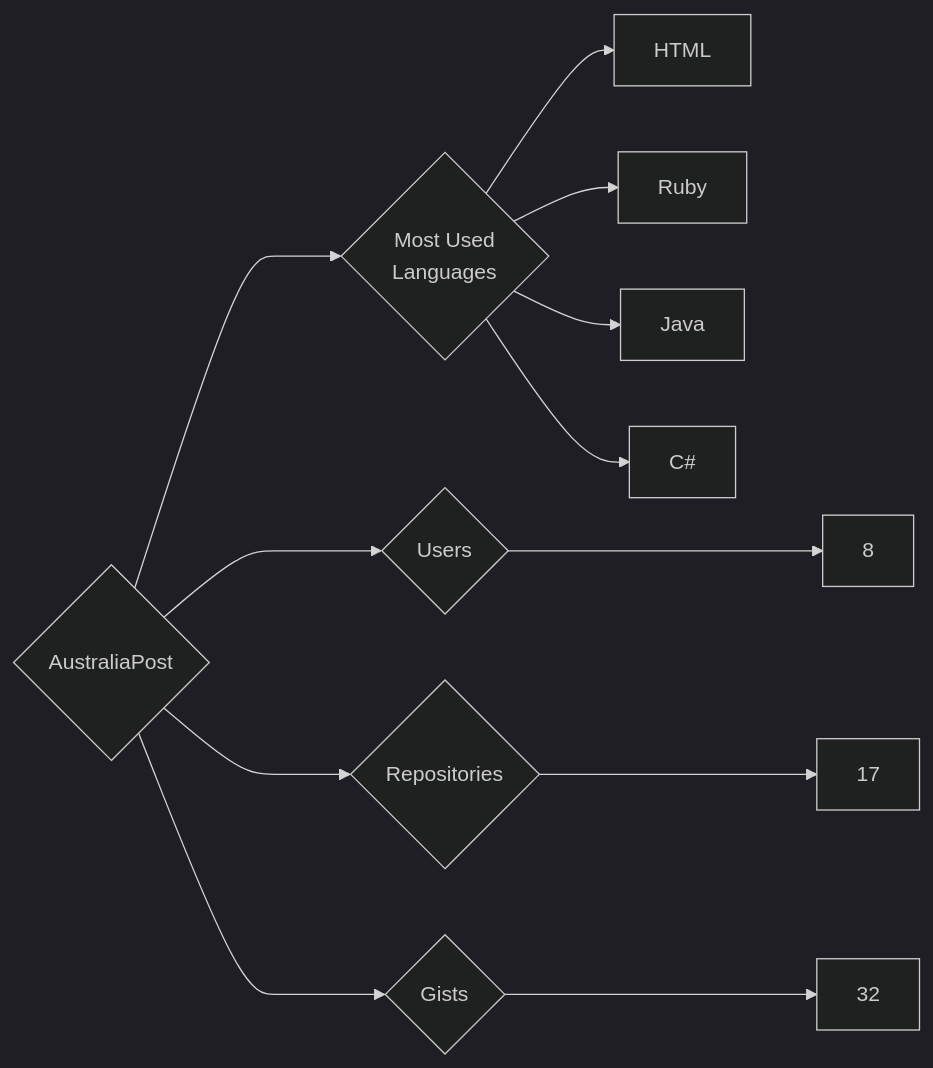
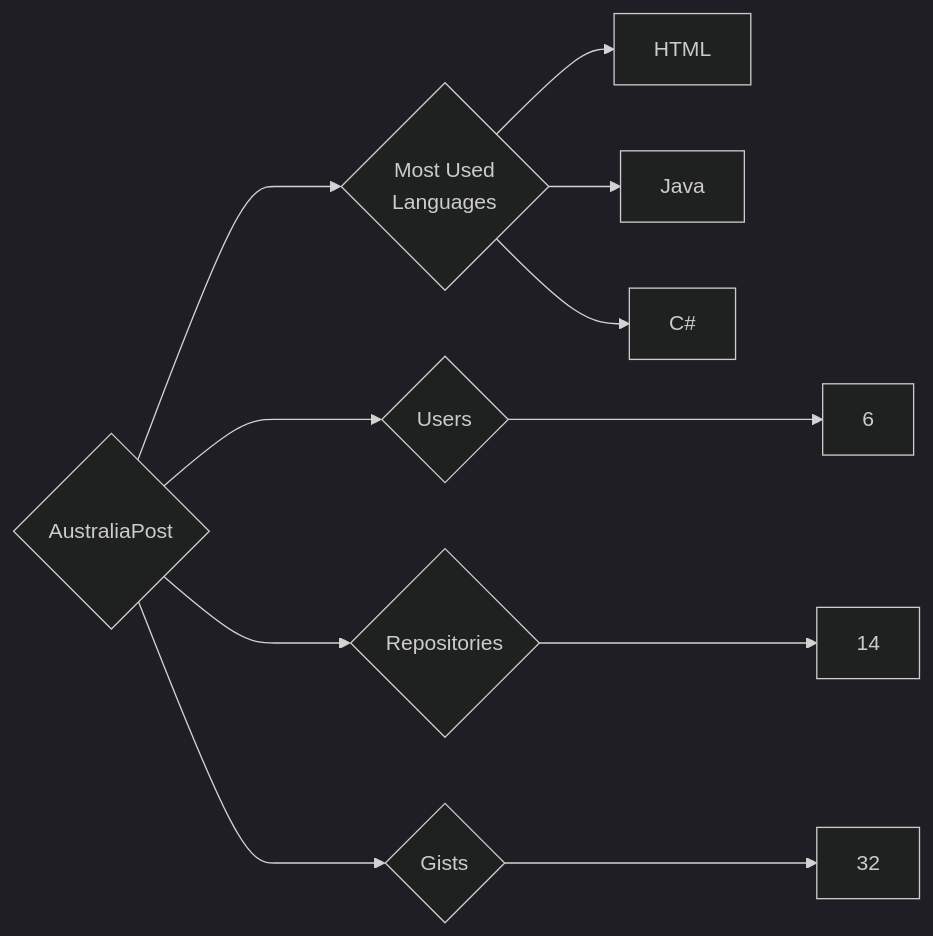
The diagram in targets/AustraliaPost/README.md (trickest/insiders), drawn with Mermaid (dark theme) before and after one commit. The commit also changed 1170 other files, not shown here.

````diff
--- a/targets/AustraliaPost/README.md
+++ b/targets/AustraliaPost/README.md
@@ -3,12 +3,11 @@
 ```mermaid
 graph LR
 COMPANY_NAME{AustraliaPost}
-COMPANY_NAME ---> U{Users} ---> UN[8]
-COMPANY_NAME ---> R{Repositories} ---> RN[17]
+COMPANY_NAME ---> U{Users} ---> UN[6]
+COMPANY_NAME ---> R{Repositories} ---> RN[14]
 COMPANY_NAME ---> G{Gists} ---> GN[32]
 COMPANY_NAME ---> ML{Most Used<br>Languages}
 ML --> HTML[HTML]
-ML --> Ruby[Ruby]
 ML --> Java[Java]
 ML --> C#[C#]
 ```
````
